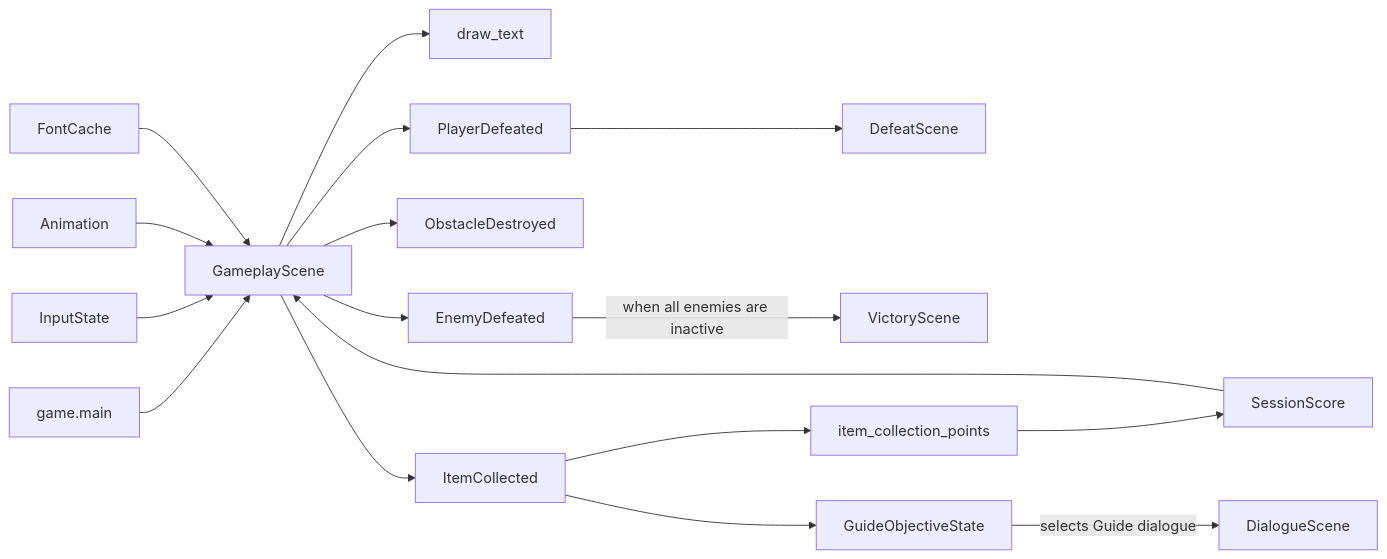
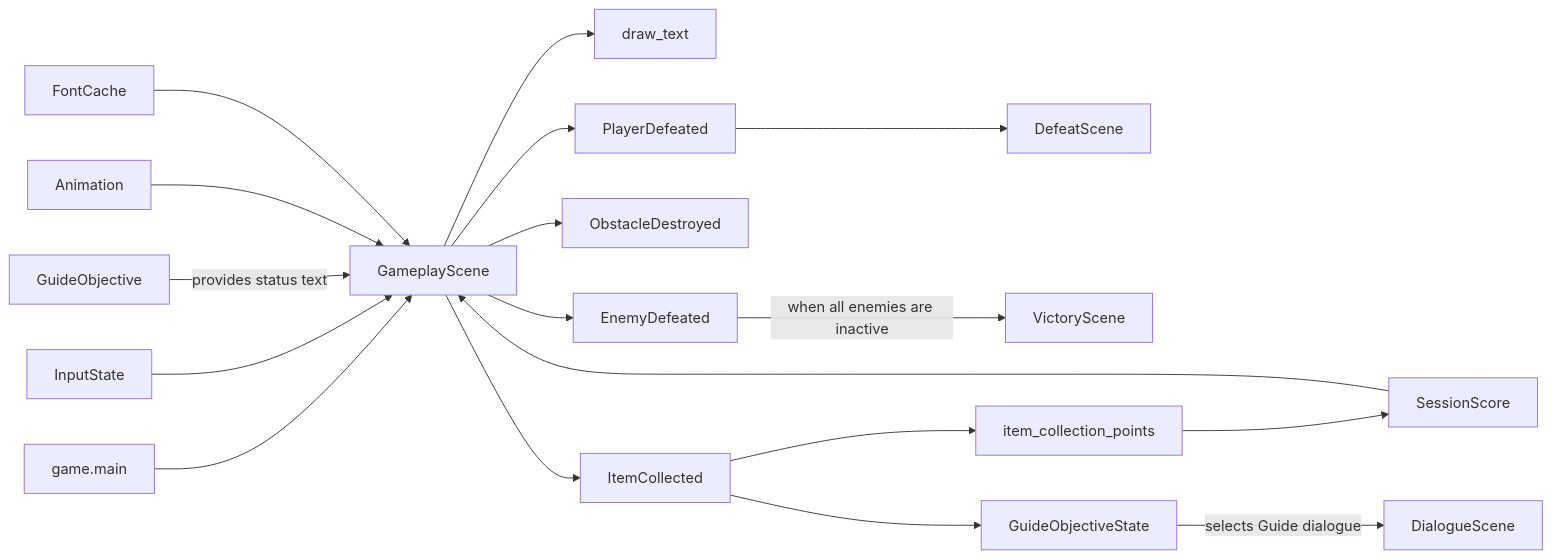
One commit to VincentMardon/my_first_adventure_game changed the third of 3 diagrams in docs/architecture/overview.md. Above: the diagram before and after it, drawn with Mermaid. The commit also changed other lines of this file and 11 other files, not shown here.

Commit message:
feat(progression): display objective status

````diff
--- a/docs/architecture/overview.md
+++ b/docs/architecture/overview.md
@@ -282,22 +285,23 @@
 ```mermaid
 flowchart LR
     GameMain["game.main"] --> GameplayScene["GameplayScene"]
 
     InputState["InputState"] --> GameplayScene
     SessionScore["SessionScore"] --> GameplayScene
+    GuideObjective["GuideObjective"] -->|"provides status text"| GameplayScene
     Animation["Animation"] --> GameplayScene
     FontCache["FontCache"] --> GameplayScene
     GameplayScene --> DrawText["draw_text"]
 
     GameplayScene --> ItemCollected["ItemCollected"]
     GameplayScene --> ObstacleDestroyed["ObstacleDestroyed"]
     GameplayScene --> EnemyDefeated["EnemyDefeated"]
     GameplayScene --> PlayerDefeated["PlayerDefeated"]
     PlayerDefeated --> DefeatScene["DefeatScene"]
     EnemyDefeated -->|"when all enemies are inactive"| VictoryScene["VictoryScene"]
 
     ItemCollected --> ItemCollectionPoints["item_collection_points"]
     ItemCollectionPoints --> SessionScore
     ItemCollected --> GuideObjectiveState["GuideObjectiveState"]
     GuideObjectiveState -->|"selects Guide dialogue"| DialogueScene["DialogueScene"]
 ```
````
